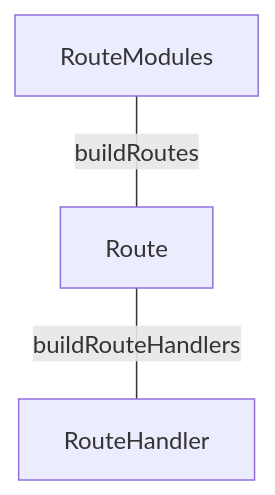
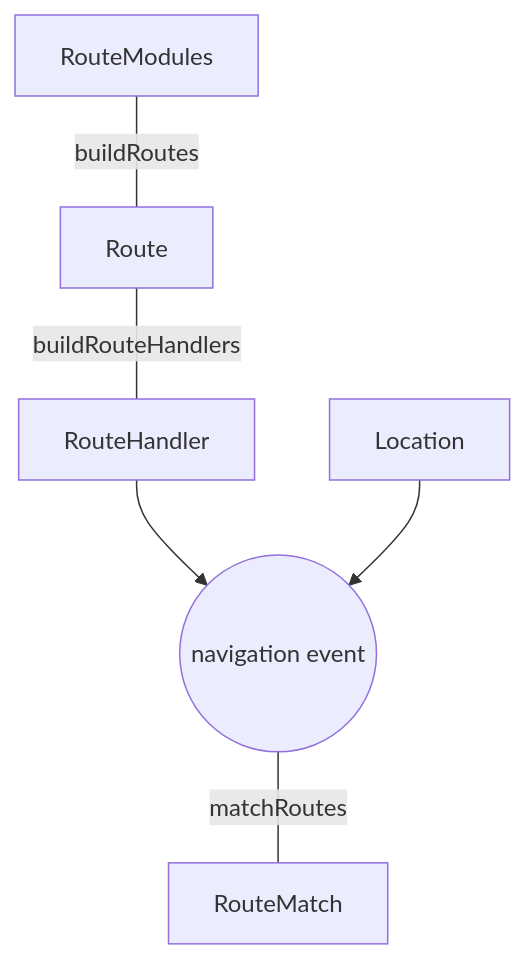
One commit to eu-ge-ne/enrouter changed the diagram in libs/enrouter/README.md. Above: the diagram before and after it, drawn with Mermaid. The commit also changed 9 other files, not shown here.

Commit message:
feat: matchRoutes (#19)

````diff
--- a/libs/enrouter/README.md
+++ b/libs/enrouter/README.md
@@ -3,9 +3,15 @@
 ```mermaid
 graph TD;
-  RM[RouteModules];
-  R[Route];
+  MM[RouteModules];
+  RT[Route];
   RH[RouteHandler];
+  NAV(("navigation event"));
+  LOC[Location];
+  RM[RouteMatch];
 
-  RM---|buildRoutes|R;
-  R---|buildRouteHandlers|RH;
+  MM---|buildRoutes|RT;
+  RT---|buildRouteHandlers|RH;
+  RH-->NAV;
+  LOC-->NAV;
+  NAV---|matchRoutes|RM;
 ```
````
